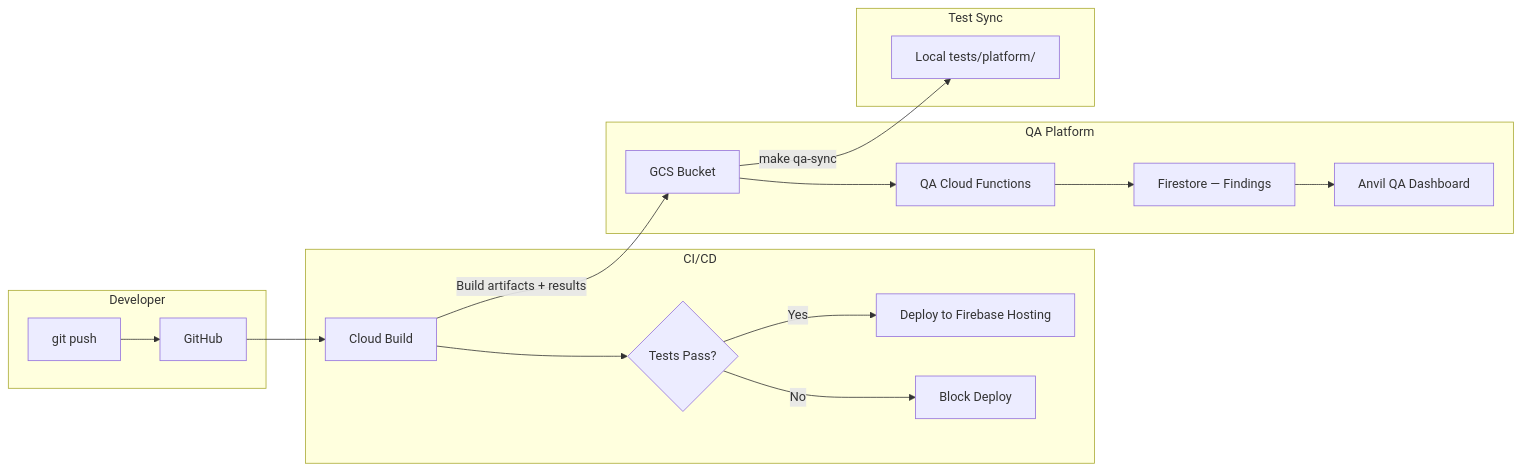
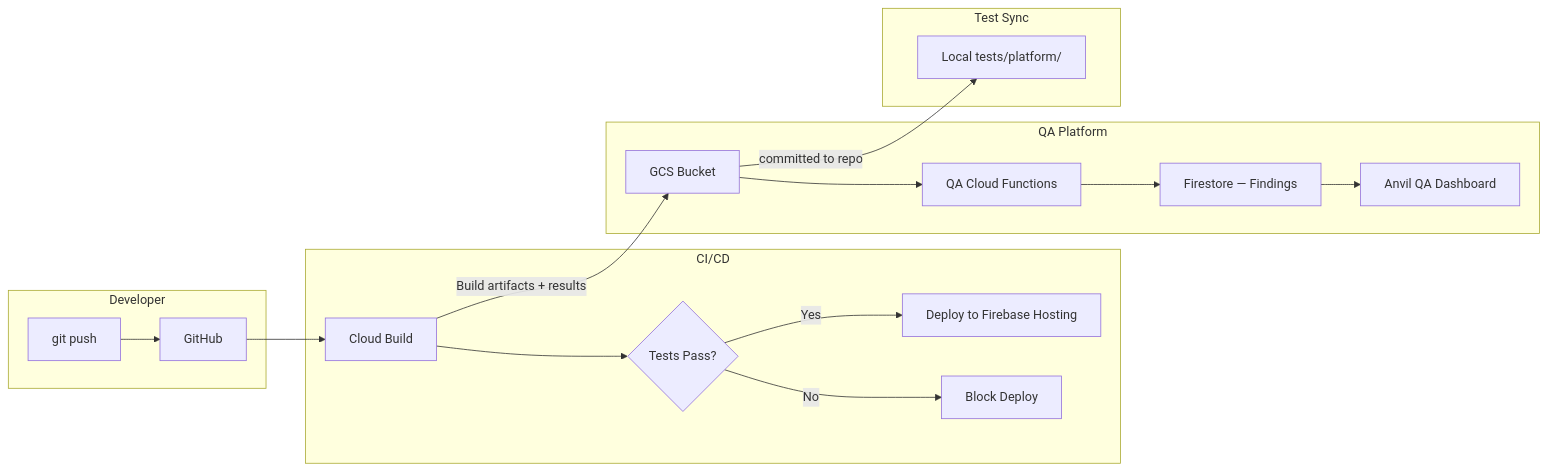
Before and after one commit to Sparfuchs-Corporation/sparfuchs-qa: the first of 2 diagrams in docs/QA-ARCHITECTURE.md, drawn with Mermaid. The commit also changed 30 other files, not shown here.

````diff
--- a/docs/QA-ARCHITECTURE.md
+++ b/docs/QA-ARCHITECTURE.md
@@ -11,24 +11,24 @@
 ```mermaid
 flowchart LR
     subgraph Developer
         A[git push] --> B[GitHub]
     end
 
     subgraph CI/CD
         B --> C[Cloud Build]
         C --> D{Tests Pass?}
         D -->|Yes| E[Deploy to Firebase Hosting]
         D -->|No| F[Block Deploy]
     end
 
     subgraph QA Platform
         C -->|Build artifacts + results| G[GCS Bucket]
         G --> H[QA Cloud Functions]
         H --> I[Firestore — Findings]
         I --> J[Anvil QA Dashboard]
     end
 
     subgraph Test Sync
-        G -->|make qa-sync| K[Local tests/platform/]
+        G -->|committed to repo| K[Local tests/platform/]
     end
 ```
````
